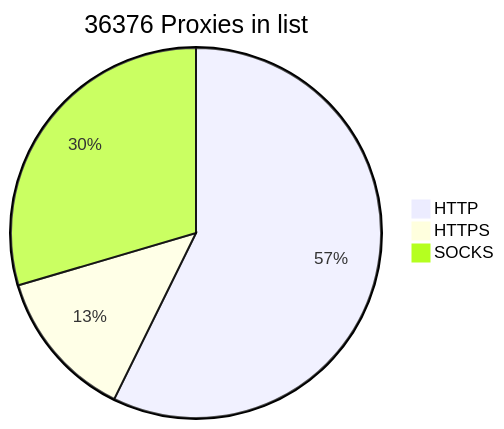
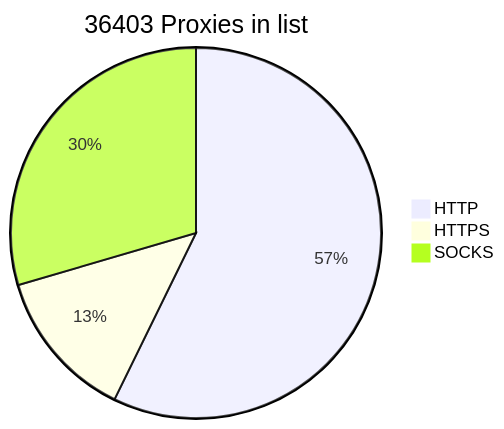
The diagram in README.md (BlackSnowDot/proxylist-update-every-minute), drawn with Mermaid before and after one commit. The commit also changed other lines of this file, not shown here.

````diff
--- a/README.md
+++ b/README.md
@@ -2,6 +2,6 @@
 ```mermaid
-pie title 36376 Proxies in list
-    "HTTP" : 23150
-    "HTTPS": 5319
+pie title 36403 Proxies in list
+    "HTTP" : 23151
+    "HTTPS": 5345
     "SOCKS" : 11945
 ```
````
